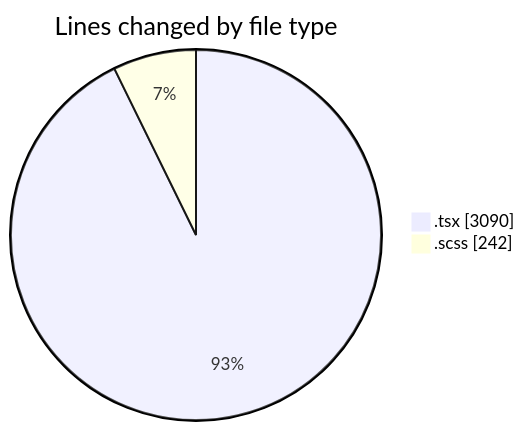
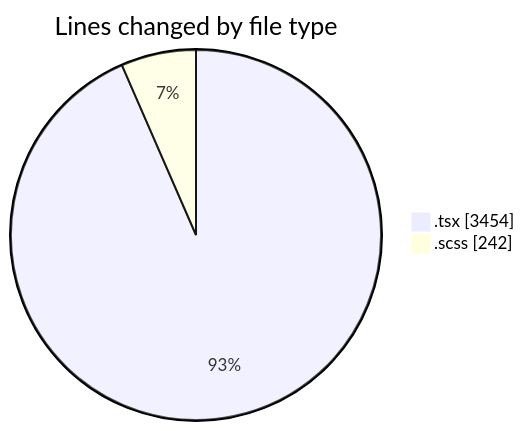
Before and after one commit to momahboobian/code-tracking: the first of 2 diagrams in 2025-07-03/cda/README.md, drawn with Mermaid. The commit also changed other lines of this file and 1 other file, not shown here.

````diff
--- a/2025-07-03/cda/README.md
+++ b/2025-07-03/cda/README.md
@@ -35,6 +36,6 @@
 ```mermaid
 pie showData
 title Lines changed by file type
-".tsx" : 3090
+".tsx" : 3454
 ".scss" : 242
 ```
````
